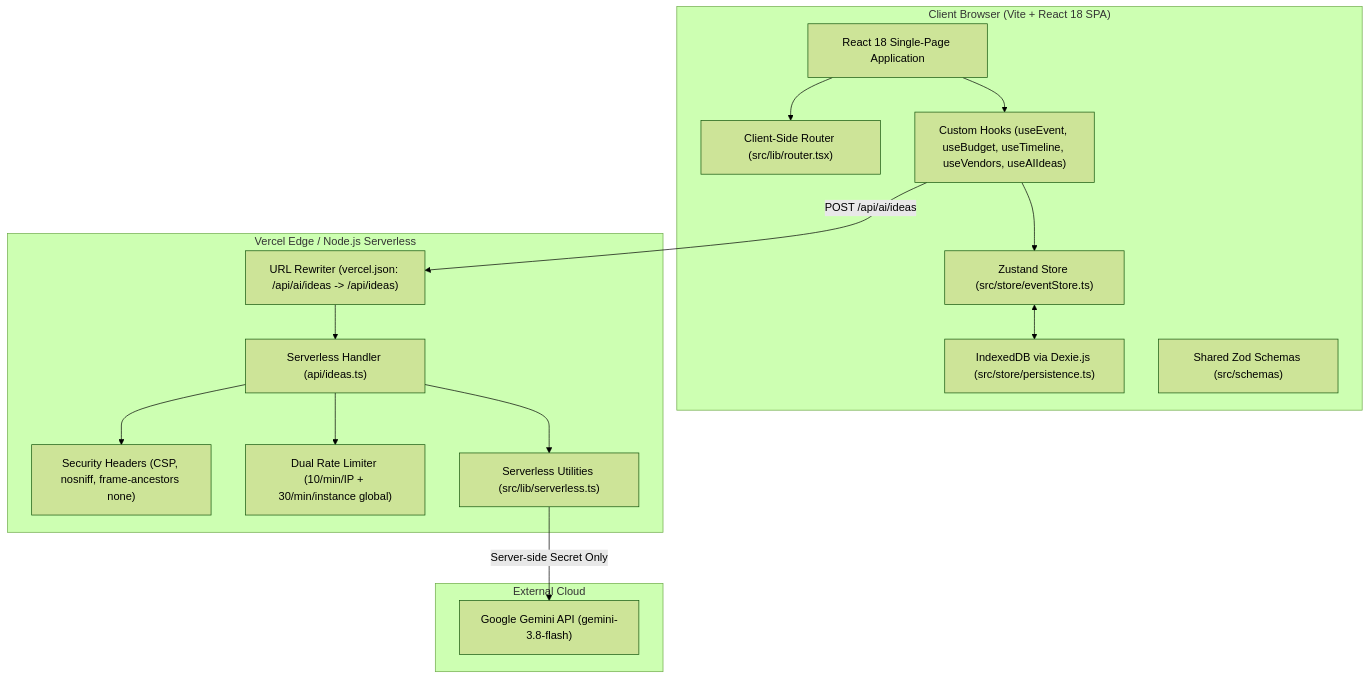
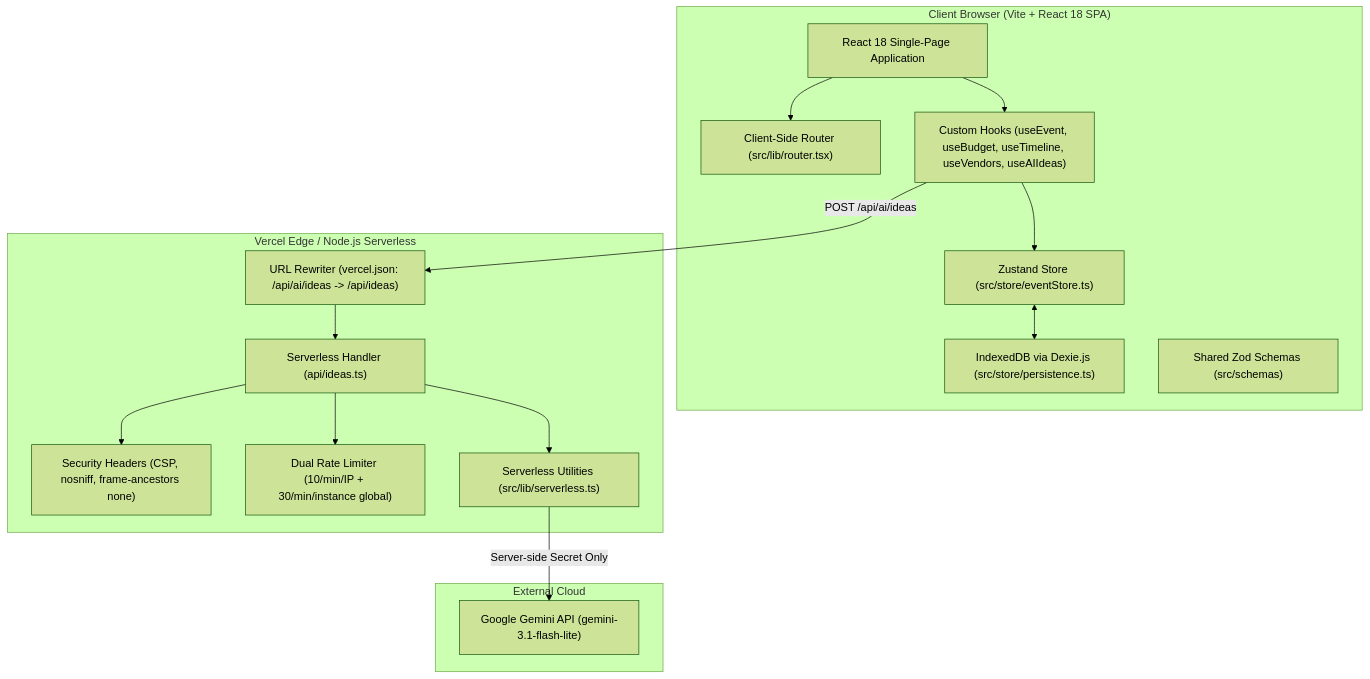
The diagram in README.md (bright-phoenix-dev/celebration_planner-PROMPTWARS), drawn with Mermaid (forest theme) before and after one commit. The commit also changed other lines of this file and 6 other files, not shown here.

Commit message:
Default to flash-lite, fix repo links, verify CSP

````diff
--- a/README.md
+++ b/README.md
@@ -12,34 +12,34 @@
 ```mermaid
 flowchart TD
     subgraph Client["Client Browser (Vite + React 18 SPA)"]
         UI["React 18 Single-Page Application"]
         Router["Client-Side Router (src/lib/router.tsx)"]
         Hooks["Custom Hooks (useEvent, useBudget, useTimeline, useVendors, useAIIdeas)"]
         Store["Zustand Store (src/store/eventStore.ts)"]
         IDB["IndexedDB via Dexie.js (src/store/persistence.ts)"]
         ClientSchemas["Shared Zod Schemas (src/schemas)"]
     end
 
     subgraph Host["Vercel Edge / Node.js Serverless"]
         Rewrites["URL Rewriter (vercel.json: /api/ai/ideas -> /api/ideas)"]
         Handler["Serverless Handler (api/ideas.ts)"]
         SecurityHeaders["Security Headers (CSP, nosniff, frame-ancestors none)"]
         DualRateLimit["Dual Rate Limiter (10/min/IP + 30/min/instance global)"]
         ServerlessUtils["Serverless Utilities (src/lib/serverless.ts)"]
     end
 
     subgraph External["External Cloud"]
-        Gemini["Google Gemini API (gemini-3.8-flash)"]
+        Gemini["Google Gemini API (gemini-3.1-flash-lite)"]
     end
 
     UI --> Router
     UI --> Hooks
     Hooks --> Store
     Store <--> IDB
     Hooks -- "POST /api/ai/ideas" --> Rewrites
     Rewrites --> Handler
     Handler --> SecurityHeaders
     Handler --> DualRateLimit
     Handler --> ServerlessUtils
     ServerlessUtils -- "Server-side Secret Only" --> Gemini
 ```
````
